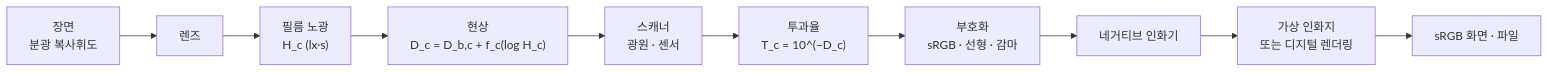
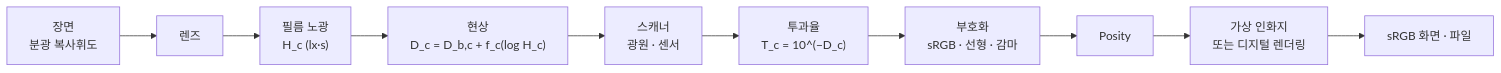
One commit to Velvitty/Scanner changed the second of 2 diagrams in README.md. Above: the diagram before and after it, drawn with Mermaid. The commit also changed other lines of this file and 4 other files, not shown here.

````diff
--- a/README.md
+++ b/README.md
@@ -567,12 +567,12 @@
 ```mermaid
 flowchart LR
   S["장면<br/>분광 복사휘도"] --> L["렌즈"]
   L --> F["필름 노광<br/>H_c (lx·s)"]
   F --> D["현상<br/>D_c = D_b,c + f_c(log H_c)"]
   D --> SC["스캐너<br/>광원 · 센서"]
   SC --> T["투과율<br/>T_c = 10^(−D_c)"]
   T --> E["부호화<br/>sRGB · 선형 · 감마"]
-  E --> APP["네거티브 인화기"]
+  E --> APP["Posity"]
   APP --> P["가상 인화지<br/>또는 디지털 렌더링"]
   P --> DISP["sRGB 화면 · 파일"]
 ```
````
